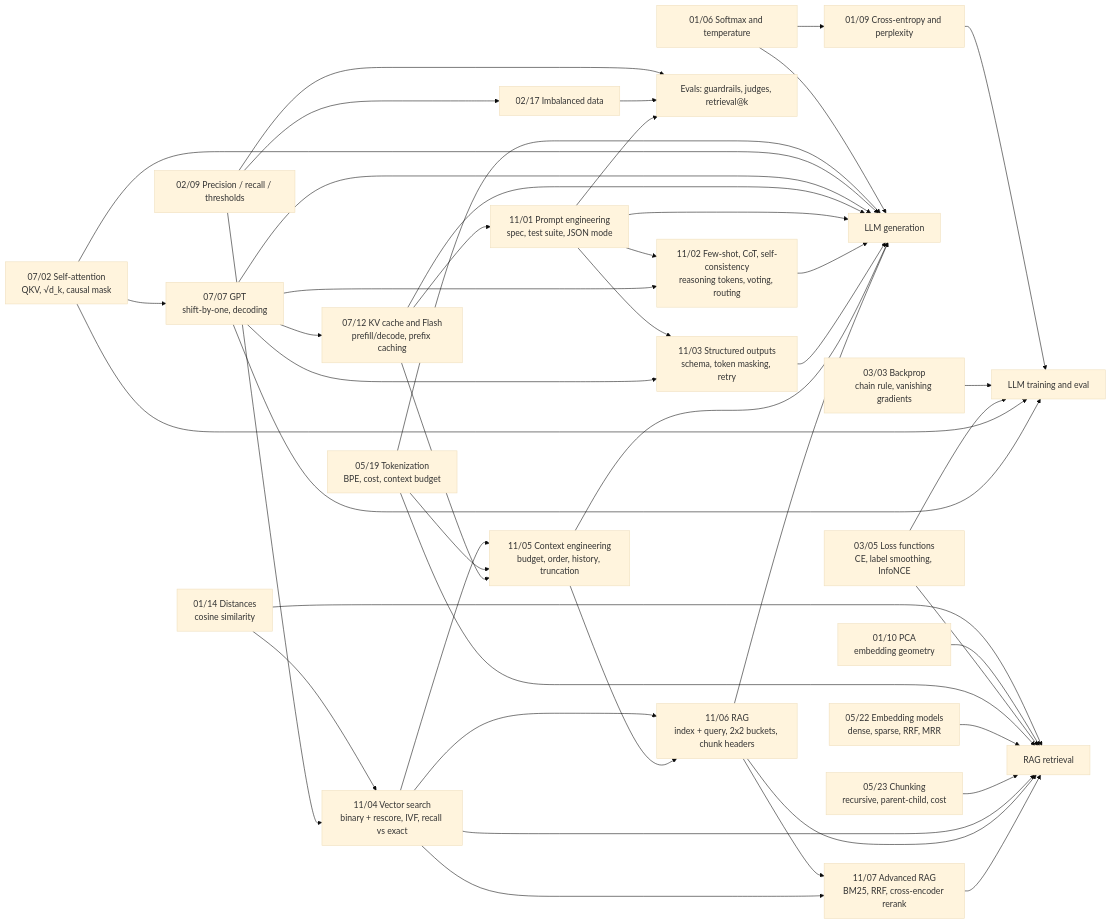
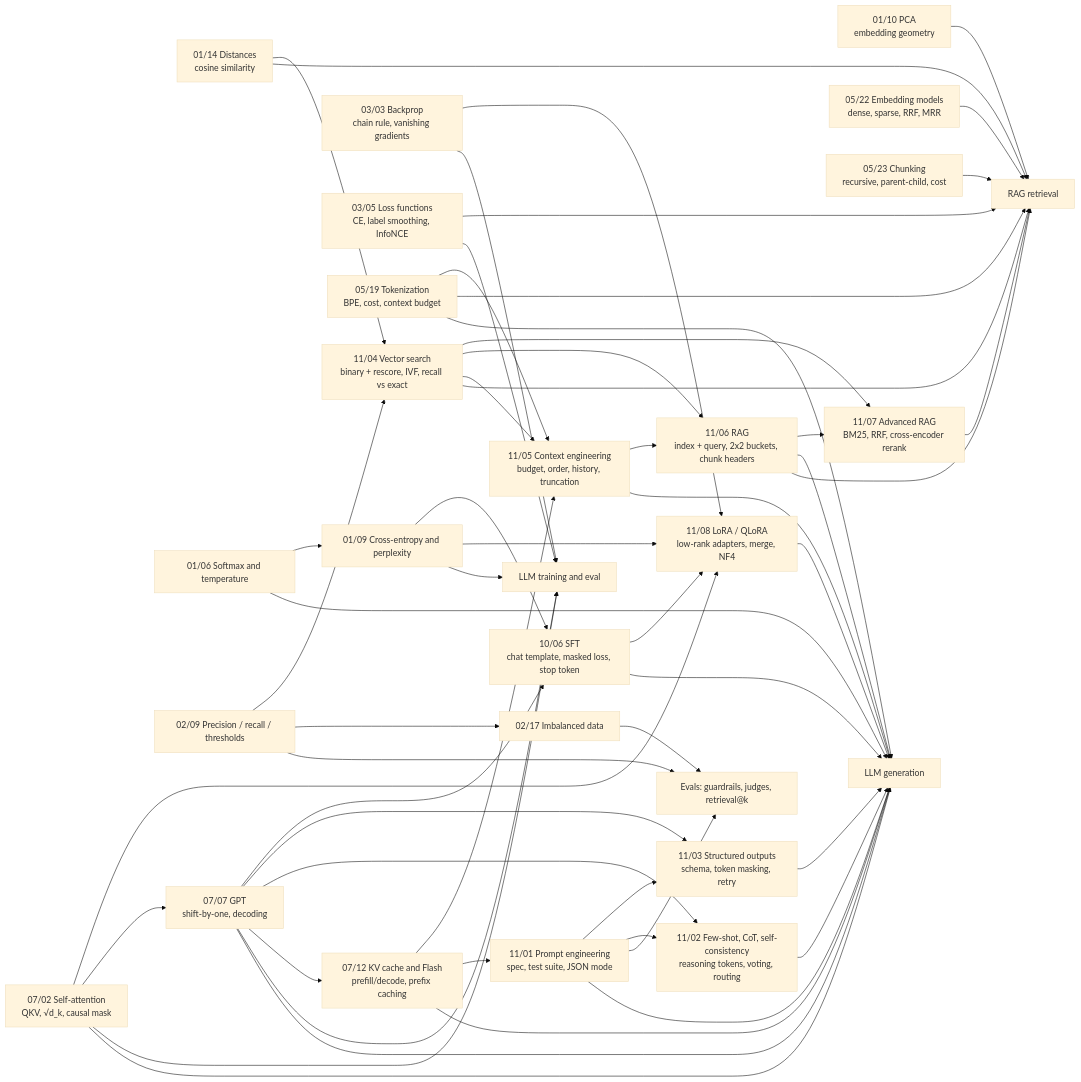
Before and after one commit to XElJayX/ai-engineering-journey: the diagram in notes/README.md, drawn with Mermaid (base theme). The commit also changed other lines of this file and 7 other files, not shown here.

````diff
--- a/notes/README.md
+++ b/notes/README.md
@@ -58,48 +60,56 @@
 ```mermaid
 flowchart LR
     A["01/14 Distances<br/>cosine similarity"] --> R["RAG retrieval"]
     B["01/10 PCA<br/>embedding geometry"] --> R
     C["01/06 Softmax and temperature"] --> G["LLM generation"]
     D["01/09 Cross-entropy and perplexity"] --> T["LLM training and eval"]
     C --> D
     E["02/09 Precision / recall / thresholds"] --> V["Evals: guardrails, judges, retrieval@k"]
     F["02/17 Imbalanced data"] --> V
     E --> F
     H["03/03 Backprop<br/>chain rule, vanishing gradients"] --> T
     I["03/05 Loss functions<br/>CE, label smoothing, InfoNCE"] --> T
     I --> R
     J["05/19 Tokenization<br/>BPE, cost, context budget"] --> G
     J --> R
     K["05/22 Embedding models<br/>dense, sparse, RRF, MRR"] --> R
     L["05/23 Chunking<br/>recursive, parent-child, cost"] --> R
     M["07/02 Self-attention<br/>QKV, √d_k, causal mask"] --> G
     M --> T
     N["07/07 GPT<br/>shift-by-one, decoding"] --> G
     N --> T
     M --> N
     O["07/12 KV cache and Flash<br/>prefill/decode, prefix caching"] --> G
     N --> O
     P["11/01 Prompt engineering<br/>spec, test suite, JSON mode"] --> G
     P --> V
     O --> P
     Q["11/02 Few-shot, CoT, self-consistency<br/>reasoning tokens, voting, routing"] --> G
     P --> Q
     N --> Q
     S["11/03 Structured outputs<br/>schema, token masking, retry"] --> G
     P --> S
     N --> S
     U["11/04 Vector search<br/>binary + rescore, IVF, recall vs exact"] --> R
     A --> U
     E --> U
     W["11/05 Context engineering<br/>budget, order, history, truncation"] --> G
     U --> W
     J --> W
     O --> W
     X["11/06 RAG<br/>index + query, 2x2 buckets, chunk headers"] --> R
     X --> G
     U --> X
     W --> X
     Y["11/07 Advanced RAG<br/>BM25, RRF, cross-encoder rerank"] --> R
     X --> Y
     U --> Y
+    Z["11/08 LoRA / QLoRA<br/>low-rank adapters, merge, NF4"] --> G
+    H --> Z
+    M --> Z
+    D --> Z
+    AA["10/06 SFT<br/>chat template, masked loss, stop token"] --> G
+    N --> AA
+    D --> AA
+    AA --> Z
 ```
````
